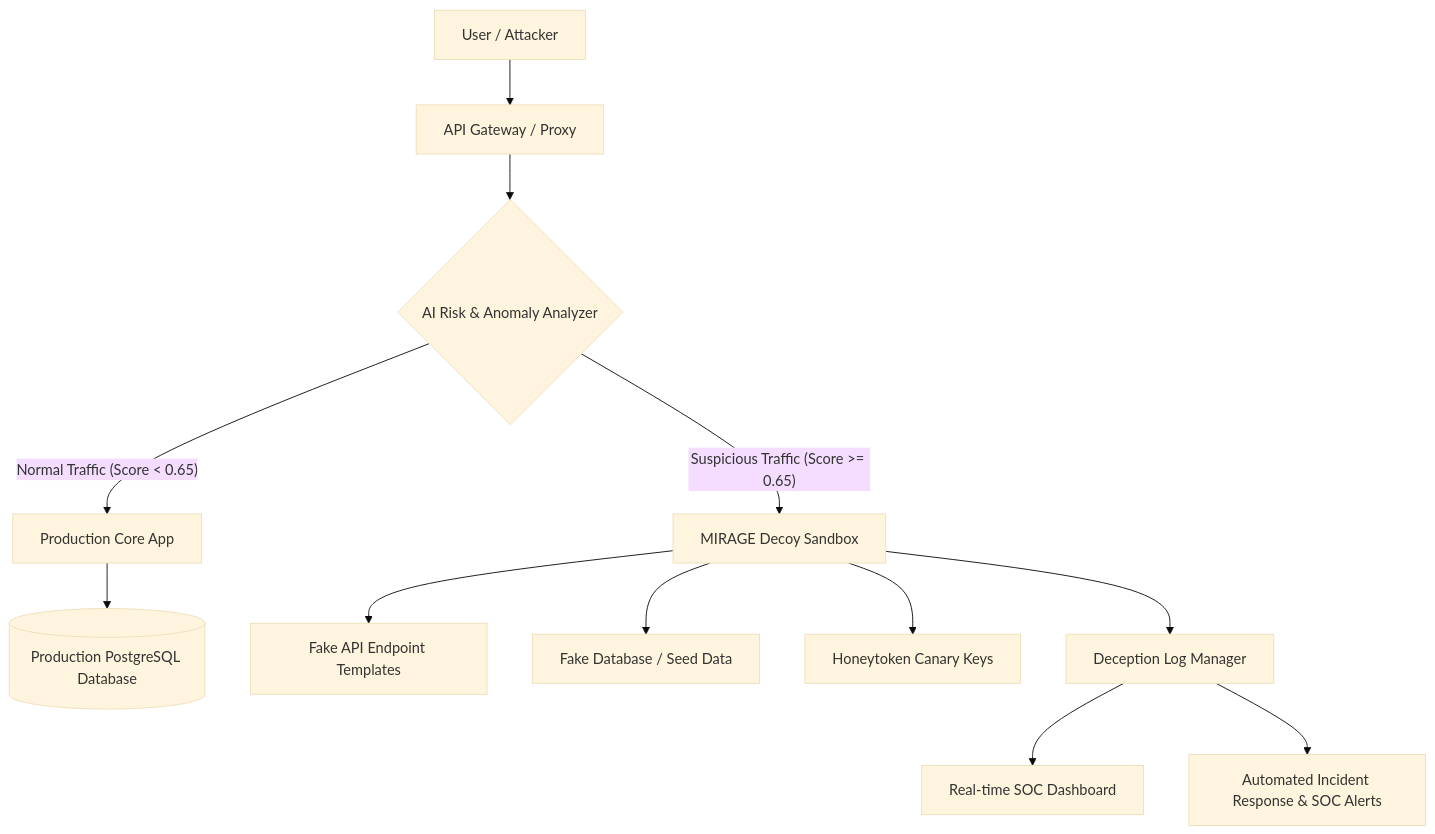
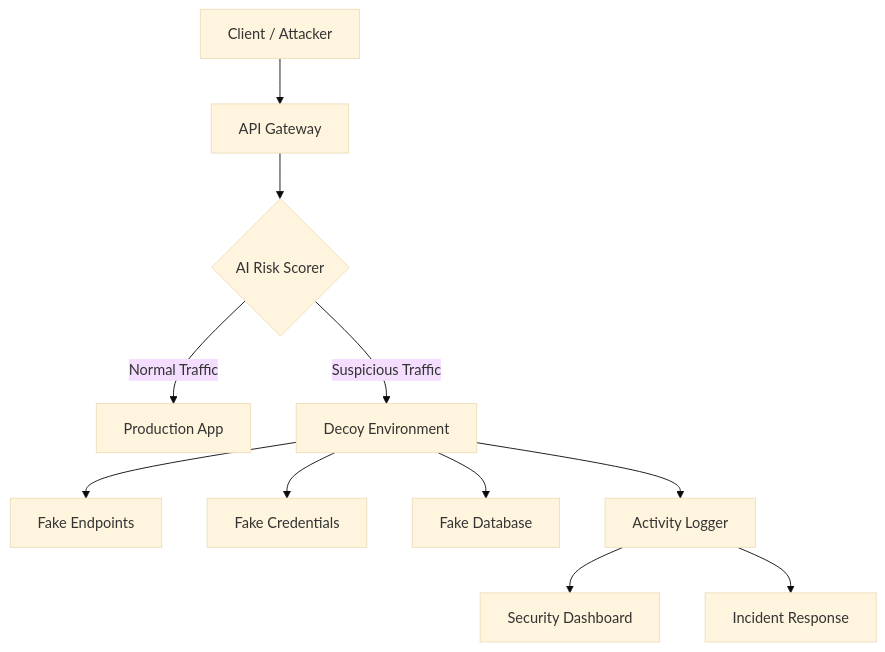
The diagram in README.md (rafienajwan/mirage), drawn with Mermaid (base theme) before and after one commit. The commit also changed other lines of this file and 1 other file, not shown here.

````diff
--- a/README.md
+++ b/README.md
@@ -58,17 +52,13 @@
 ```mermaid
 graph TD
-    A[User / Attacker] --> B[API Gateway / Proxy]
-    B --> C{AI Risk & Anomaly Analyzer}
-    
-    C -- "Normal Traffic (Score < 0.65)" --> D[Production Core App]
-    D --> E[(Production PostgreSQL Database)]
-    
-    C -- "Suspicious Traffic (Score >= 0.65)" --> F[MIRAGE Decoy Sandbox]
-    F --> G[Fake API Endpoint Templates]
-    F --> H[Fake Database / Seed Data]
-    F --> I[Honeytoken Canary Keys]
-    
-    F --> J[Deception Log Manager]
-    J --> K[Real-time SOC Dashboard]
-    J --> L[Automated Incident Response & SOC Alerts]
+    A[Client / Attacker] --> B[API Gateway]
+    B --> C{AI Risk Scorer}
+    C -->|Normal Traffic| D[Production App]
+    C -->|Suspicious Traffic| E[Decoy Environment]
+    E --> F[Fake Endpoints]
+    E --> G[Fake Credentials]
+    E --> H[Fake Database]
+    E --> I[Activity Logger]
+    I --> J[Security Dashboard]
+    I --> K[Incident Response]
 ```
````
